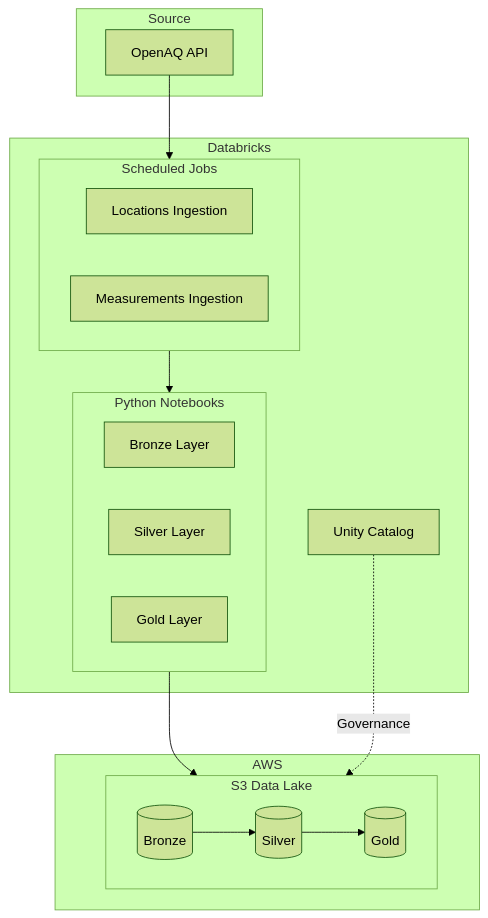
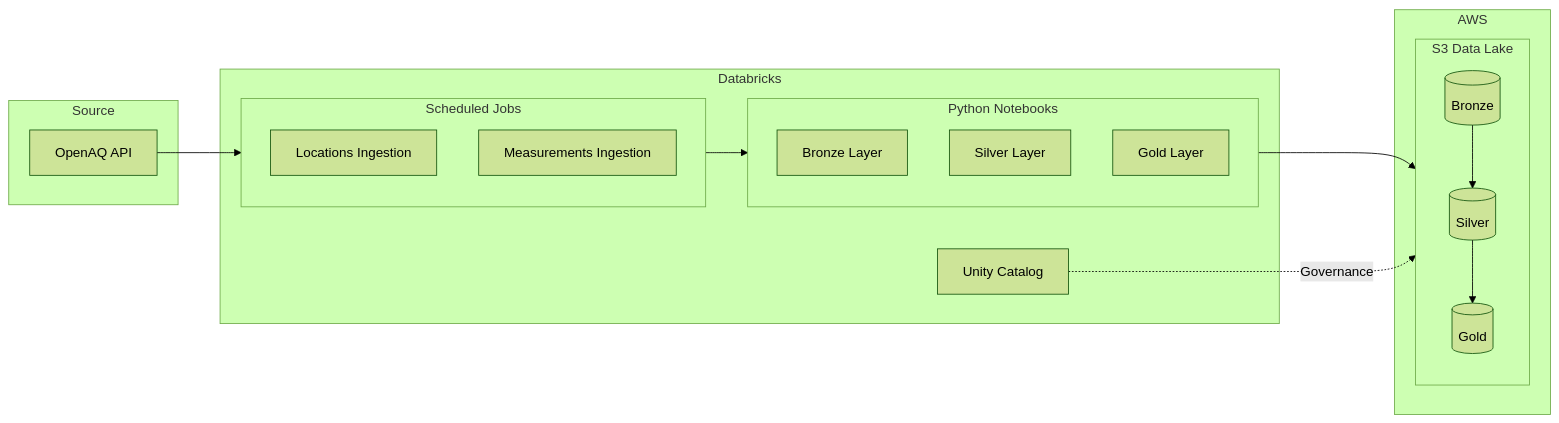
The diagram in README.md (aegnor8/databricks-airquality-canada), drawn with Mermaid (forest theme) before and after one commit.

Commit message:
Change flowchart direction from TB to LR
Update flowchart direction in README.

````diff
--- a/README.md
+++ b/README.md
@@ -11,33 +11,33 @@
 ```mermaid
-flowchart TB
+flowchart LR
     subgraph Source
         API[OpenAQ API]
     end
     
     subgraph Databricks
         subgraph Jobs[Scheduled Jobs]
             J1[Locations Ingestion]
             J2[Measurements Ingestion]
         end
         subgraph Notebooks[Python Notebooks]
             N1[Bronze Layer]
             N2[Silver Layer]
             N3[Gold Layer]
         end
         UC[Unity Catalog]
     end
     
     subgraph AWS
         subgraph S3[S3 Data Lake]
             B[(Bronze)]
             Si[(Silver)]
             G[(Gold)]
         end
     end
     
     API --> Jobs
     Jobs --> Notebooks
     Notebooks --> S3
     B --> Si --> G
     UC -.->|Governance| S3
 ```
````
